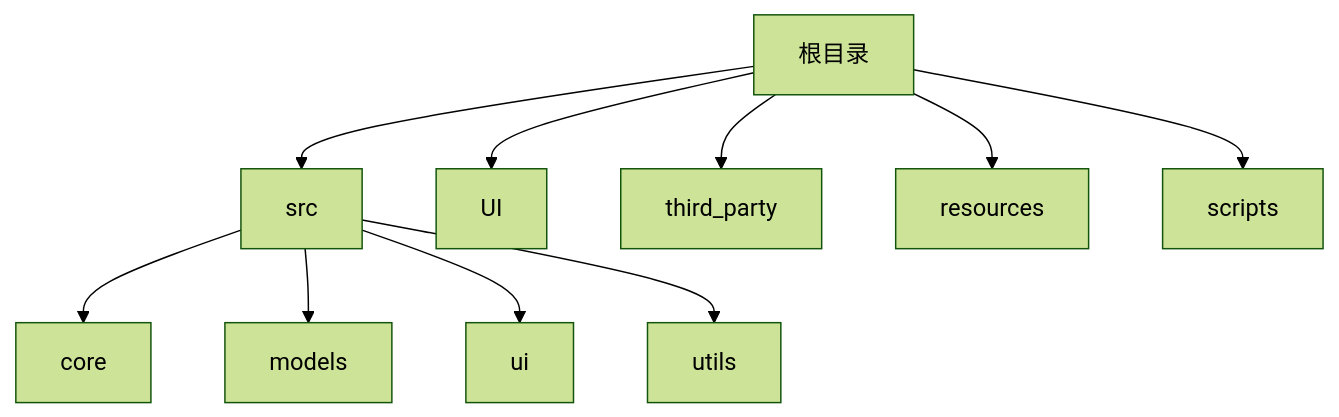
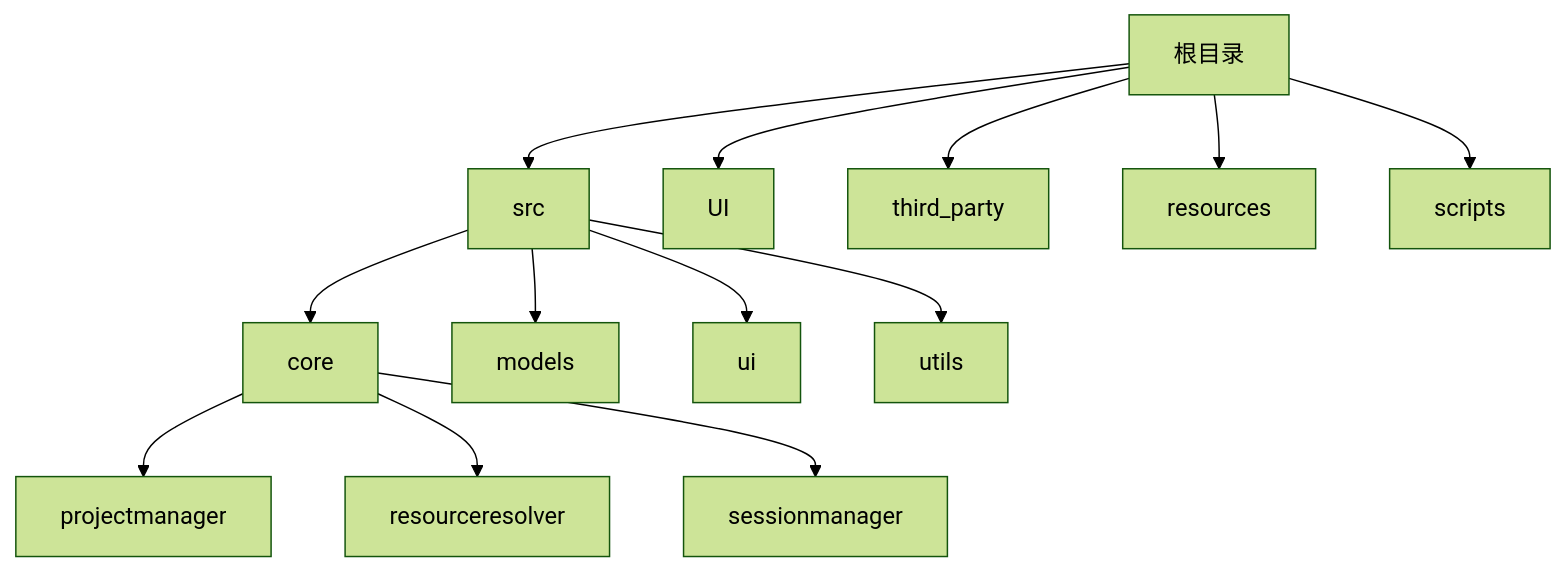
The first of 12 diagrams in .qoder/repowiki/zh/content/核心模块详解/项目管理系统.md (jakecai1225-design/OpenBus), drawn with Mermaid (forest theme) before and after one commit. The commit also changed other lines of this file and 34 other files, not shown here.

Commit message:
工程，flow，dbc操作

````diff
--- a/.qoder/repowiki/zh/content/核心模块详解/项目管理系统.md
+++ b/.qoder/repowiki/zh/content/核心模块详解/项目管理系统.md
@@ -49,12 +64,15 @@
 ```mermaid
 graph TB
 A["根目录"] --> B["src"]
 A --> C["UI"]
 A --> D["third_party"]
 A --> E["resources"]
 A --> F["scripts"]
 B --> B1["core"]
 B --> B2["models"]
 B --> B3["ui"]
 B --> B4["utils"]
+B1 --> B1a["projectmanager"]
+B1 --> B1b["resourceresolver"]
+B1 --> B1c["sessionmanager"]
 ```
````
